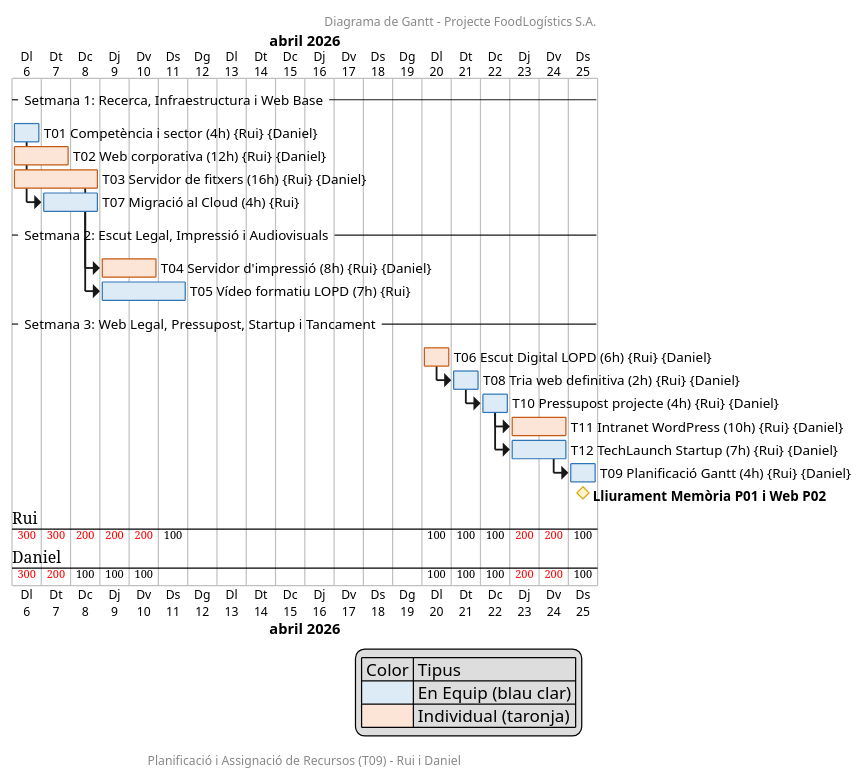
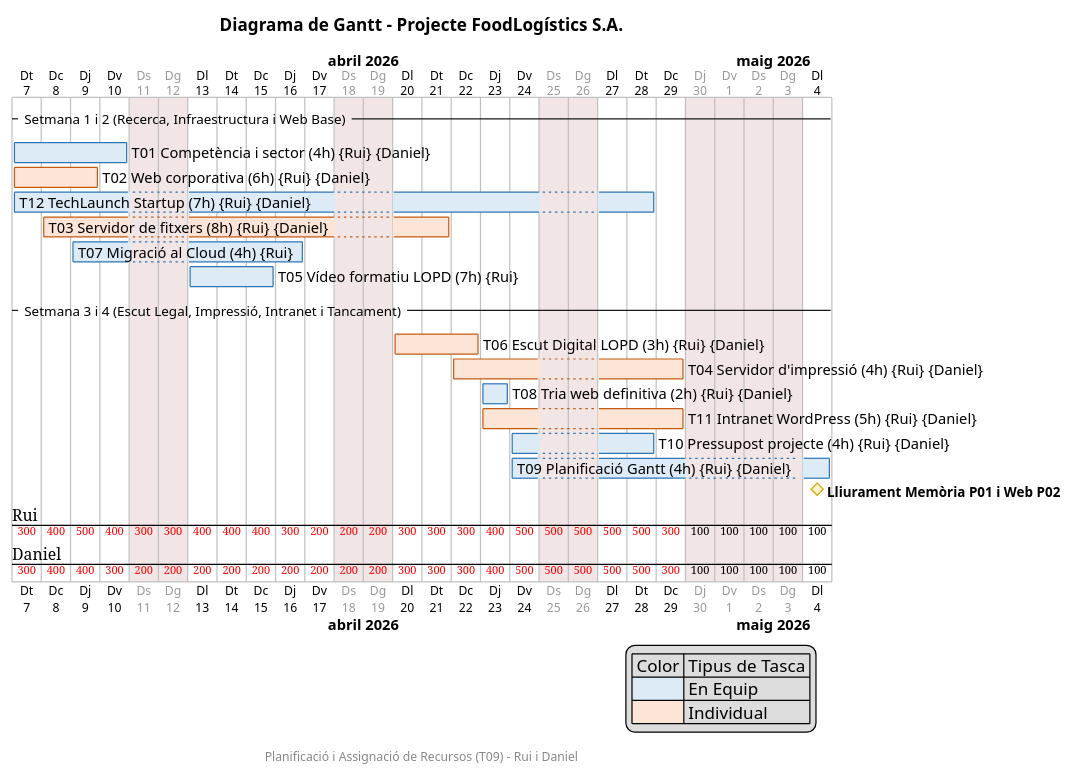
One commit to RUI0042-DEV/projecte-07-RUI0042-DEV changed the diagram in T09/gantt.puml. Above: the diagram before and after it, drawn with PlantUML. The commit also changed 3 other files, not shown here.

```diff
--- a/T09/gantt.puml
+++ b/T09/gantt.puml
@@ -1,69 +1,58 @@
 @startgantt
-Language ca
-Project starts 2026-04-06
+language ca
+Project starts 2026-04-07
+saturday are closed
+sunday are closed
+2026-04-30 is closed
+2026-05-01 is closed
+
 printscale daily zoom 1.5
-header Diagrama de Gantt - Projecte FoodLogístics S.A.
+title Diagrama de Gantt - Projecte FoodLogístics S.A.
 footer Planificació i Assignació de Recursos (T09) - Rui i Daniel
 
 <style>
 ganttDiagram {
   task {
-    .equip {
-      BackgroundColor #DDEBF7
-      LineColor #2E75B6
-    }
-    .indiv {
-      BackgroundColor #FCE4D6
-      LineColor #C55A11
-    }
+    FontName Arial
+    FontSize 12
+  }
+  .equip {
+    BackGroundColor #DDEBF7
+    LineColor #2E75B6
+  }
+  .indiv {
+    BackGroundColor #FCE4D6
+    LineColor #C55A11
   }
   milestone {
-    BackgroundColor #FFF2CC
+    BackGroundColor #FFF2CC
     LineColor #D6A600
     FontStyle bold
   }
 }
 </style>
 
+-- Setmana 1 i 2 (Recerca, Infraestructura i Web Base) --
+[T01 Competència i sector (4h)] <<equip>> on {Rui} {Daniel} starts 2026-04-07 and ends 2026-04-10
+[T02 Web corporativa (6h)] <<indiv>> on {Rui} {Daniel} starts 2026-04-07 and ends 2026-04-09
+[T12 TechLaunch Startup (7h)] <<equip>> on {Rui} {Daniel} starts 2026-04-07 and ends 2026-04-28
+[T03 Servidor de fitxers (8h)] <<indiv>> on {Rui} {Daniel} starts 2026-04-08 and ends 2026-04-21
+[T07 Migració al Cloud (4h)] <<equip>> on {Rui} starts 2026-04-09 and ends 2026-04-16
+[T05 Vídeo formatiu LOPD (7h)] <<equip>> on {Rui} starts 2026-04-13 and ends 2026-04-15
+
+-- Setmana 3 i 4 (Escut Legal, Impressió, Intranet i Tancament) --
+[T06 Escut Digital LOPD (3h)] <<indiv>> on {Rui} {Daniel} starts 2026-04-20 and ends 2026-04-22
+[T04 Servidor d'impressió (4h)] <<indiv>> on {Rui} {Daniel} starts 2026-04-22 and ends 2026-04-29
+[T08 Tria web definitiva (2h)] <<equip>> on {Rui} {Daniel} starts 2026-04-23 and ends 2026-04-23
+[T11 Intranet WordPress (5h)] <<indiv>> on {Rui} {Daniel} starts 2026-04-23 and ends 2026-04-29
+[T10 Pressupost projecte (4h)] <<equip>> on {Rui} {Daniel} starts 2026-04-24 and ends 2026-04-28
+[T09 Planificació Gantt (4h)] <<equip>> on {Rui} {Daniel} starts 2026-04-24 and ends 2026-05-04
+
+[Lliurament Memòria P01 i Web P02] happens at 2026-05-04
+
 legend right
-  | Color | Tipus |
-  | <#DDEBF7> | En Equip (blau clar) |
-  | <#FCE4D6> | Individual (taronja) |
+| Color | Tipus de Tasca |
+| <#DDEBF7> | En Equip |
+| <#FCE4D6> | Individual |
 end legend
-
--- Setmana 1: Recerca, Infraestructura i Web Base --
-[T01 Competència i sector (4h)] <<equip>> on {Rui} {Daniel} lasts 2 days
-[T02 Web corporativa (12h)] <<indiv>> on {Rui} {Daniel} lasts 4 days
-[T03 Servidor de fitxers (16h)] <<indiv>> on {Rui} {Daniel} lasts 5 days
-
-[T07 Migració al Cloud (4h)] <<equip>> on {Rui} lasts 2 days
-[T07 Migració al Cloud (4h)] starts at [T01 Competència i sector (4h)]'s end
-
--- Setmana 2: Escut Legal, Impressió i Audiovisuals --
-[T04 Servidor d'impressió (8h)] <<indiv>> on {Rui} {Daniel} lasts 3 days
-[T04 Servidor d'impressió (8h)] starts at [T03 Servidor de fitxers (16h)]'s end
-
-[T05 Vídeo formatiu LOPD (7h)] <<equip>> on {Rui} lasts 3 days
-[T05 Vídeo formatiu LOPD (7h)] starts at [T07 Migració al Cloud (4h)]'s end
-
--- Setmana 3: Web Legal, Pressupost, Startup i Tancament --
-[T06 Escut Digital LOPD (6h)] <<indiv>> on {Rui} {Daniel} lasts 2 days
-[T06 Escut Digital LOPD (6h)] starts 2026-04-20
-
-[T08 Tria web definitiva (2h)] <<equip>> on {Rui} {Daniel} lasts 1 days
-[T08 Tria web definitiva (2h)] starts at [T06 Escut Digital LOPD (6h)]'s end
-
-[T10 Pressupost projecte (4h)] <<equip>> on {Rui} {Daniel} lasts 2 days
-[T10 Pressupost projecte (4h)] starts at [T08 Tria web definitiva (2h)]'s end
-
-[T11 Intranet WordPress (10h)] <<indiv>> on {Rui} {Daniel} lasts 3 days
-[T11 Intranet WordPress (10h)] starts at [T10 Pressupost projecte (4h)]'s end
-
-[T12 TechLaunch Startup (7h)] <<equip>> on {Rui} {Daniel} lasts 3 days
-[T12 TechLaunch Startup (7h)] starts at [T10 Pressupost projecte (4h)]'s end
-
-[T09 Planificació Gantt (4h)] <<equip>> on {Rui} {Daniel} lasts 2 days
-[T09 Planificació Gantt (4h)] starts at [T12 TechLaunch Startup (7h)]'s end
-
-[Lliurament Memòria P01 i Web P02] happens at [T09 Planificació Gantt (4h)]'s end
 @endgantt
```
